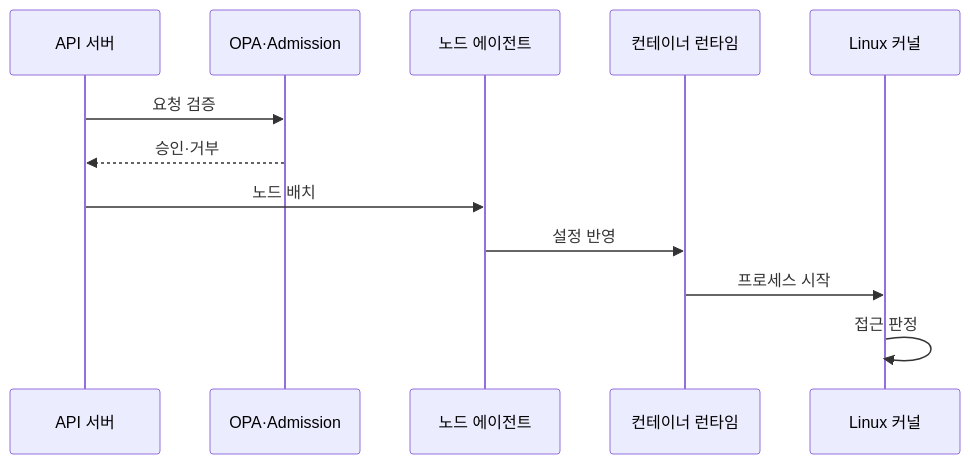
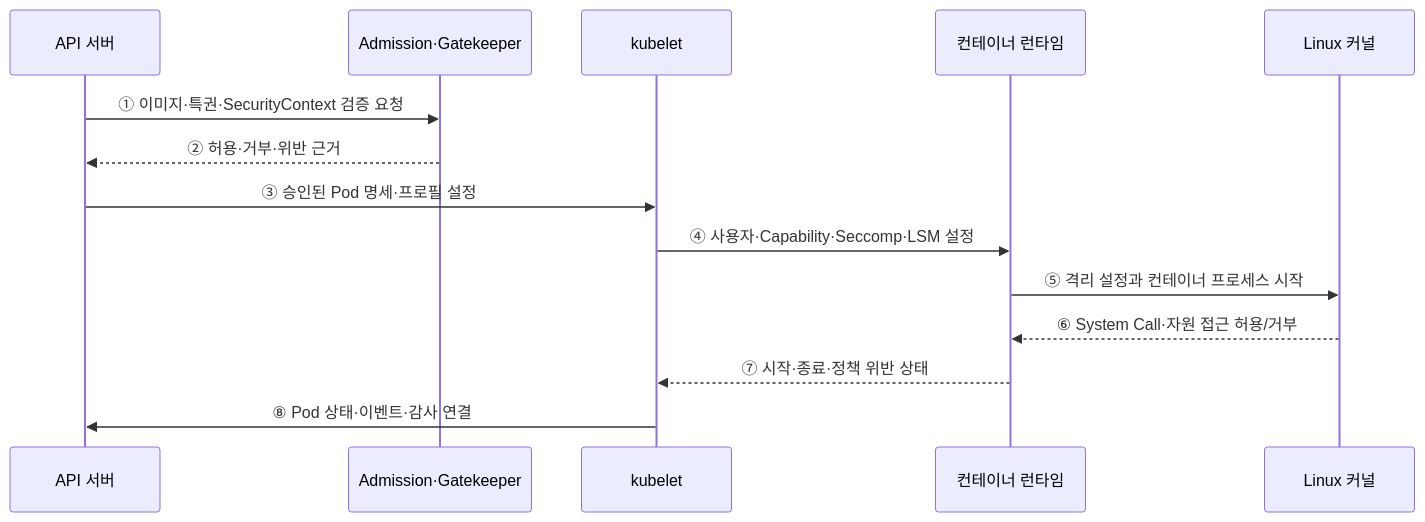
Before and after one commit to agnusdei1207/knowledge-base: the second of 2 diagrams in src/content/docs/notes/03-software/158_container_security.md, drawn with Mermaid. The commit also changed other lines of this file and 20 other files, not shown here.

````diff
--- a/src/content/docs/notes/03-software/158_container_security.md
+++ b/src/content/docs/notes/03-software/158_container_security.md
@@ -83,14 +73,16 @@
 ```mermaid
 sequenceDiagram
     participant A as API 서버
-    participant O as OPA·Admission
-    participant N as 노드 에이전트
+    participant O as Admission·Gatekeeper
+    participant N as kubelet
     participant R as 컨테이너 런타임
     participant K as Linux 커널
-    A->>O: 요청 검증
-    O-->>A: 승인·거부
-    A->>N: 노드 배치
-    N->>R: 설정 반영
-    R->>K: 프로세스 시작
-    K->>K: 접근 판정
+    A->>O: ① 이미지·특권·SecurityContext 검증 요청
+    O-->>A: ② 허용·거부·위반 근거
+    A->>N: ③ 승인된 Pod 명세·프로필 설정
+    N->>R: ④ 사용자·Capability·Seccomp·LSM 설정
+    R->>K: ⑤ 격리 설정과 컨테이너 프로세스 시작
+    K-->>R: ⑥ System Call·자원 접근 허용/거부
+    R-->>N: ⑦ 시작·종료·정책 위반 상태
+    N->>A: ⑧ Pod 상태·이벤트·감사 연결
 ```
````
